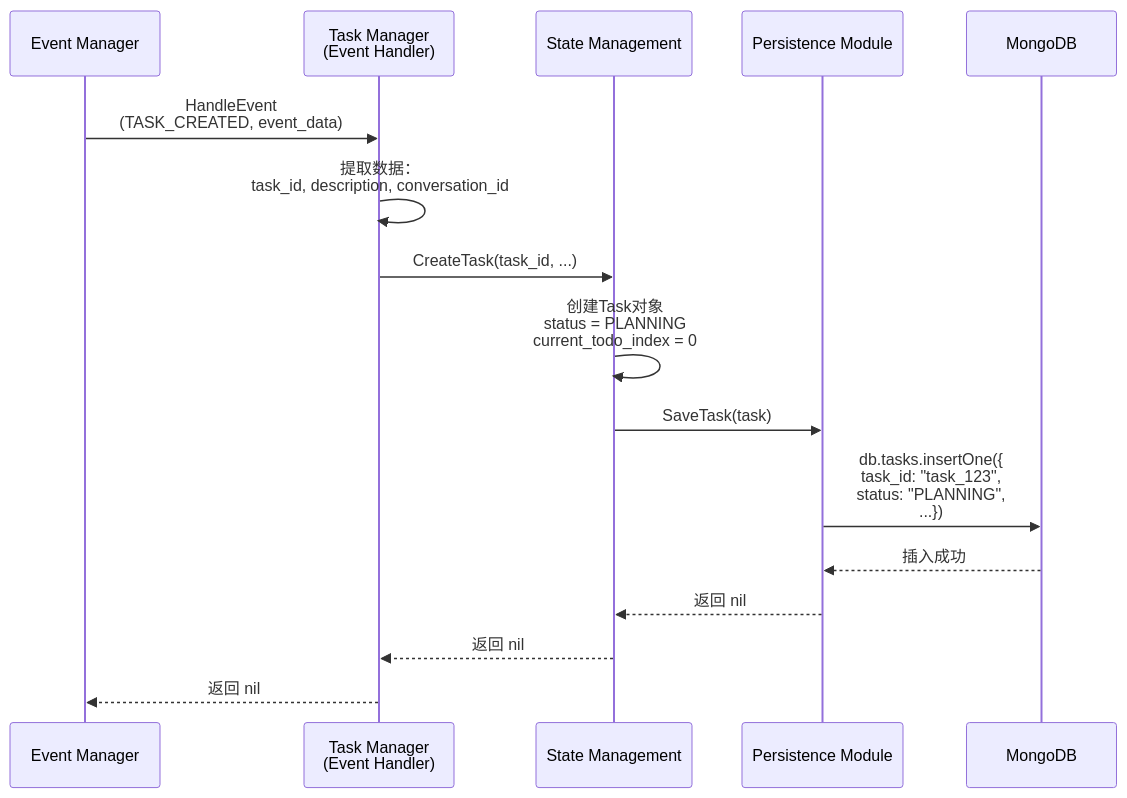
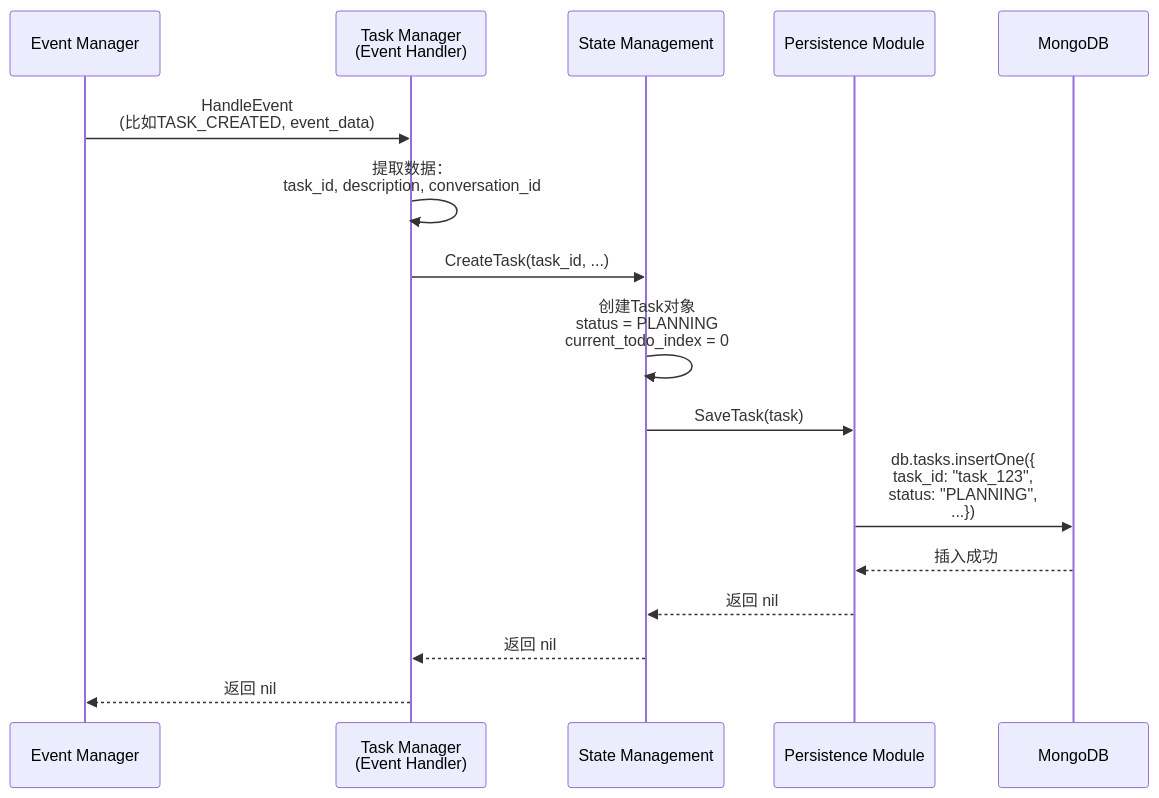
Before and after one commit to yingjianzh/iodraw-files: the diagram in all/未命名-10.md, drawn with Mermaid.

Commit message:
2025-12-24 18:09:32 update

````diff
--- a/all/未命名-10.md
+++ b/all/未命名-10.md
@@ -1,25 +1,25 @@
 ```mermaid
 sequenceDiagram
     participant EventMgr as Event Manager
     participant TaskMgr as Task Manager<br/>(Event Handler)
     participant StateMgr as State Management
     participant Persist as Persistence Module
     participant MongoDB as MongoDB
 
-    EventMgr->>TaskMgr: HandleEvent<br/>(TASK_CREATED, event_data)
+    EventMgr->>TaskMgr: HandleEvent<br/>(比如TASK_CREATED, event_data)
     
     TaskMgr->>TaskMgr: 提取数据：<br/>task_id, description, conversation_id
     
     TaskMgr->>StateMgr: CreateTask(task_id, ...)
     
     StateMgr->>StateMgr: 创建Task对象<br/>status = PLANNING<br/>current_todo_index = 0
     
     StateMgr->>Persist: SaveTask(task)
     
     Persist->>MongoDB: db.tasks.insertOne({<br/>  task_id: "task_123",<br/>  status: "PLANNING",<br/>  ...})
     
     MongoDB-->>Persist: 插入成功
     Persist-->>StateMgr: 返回 nil
     StateMgr-->>TaskMgr: 返回 nil
     TaskMgr-->>EventMgr: 返回 nil
 ```
````
